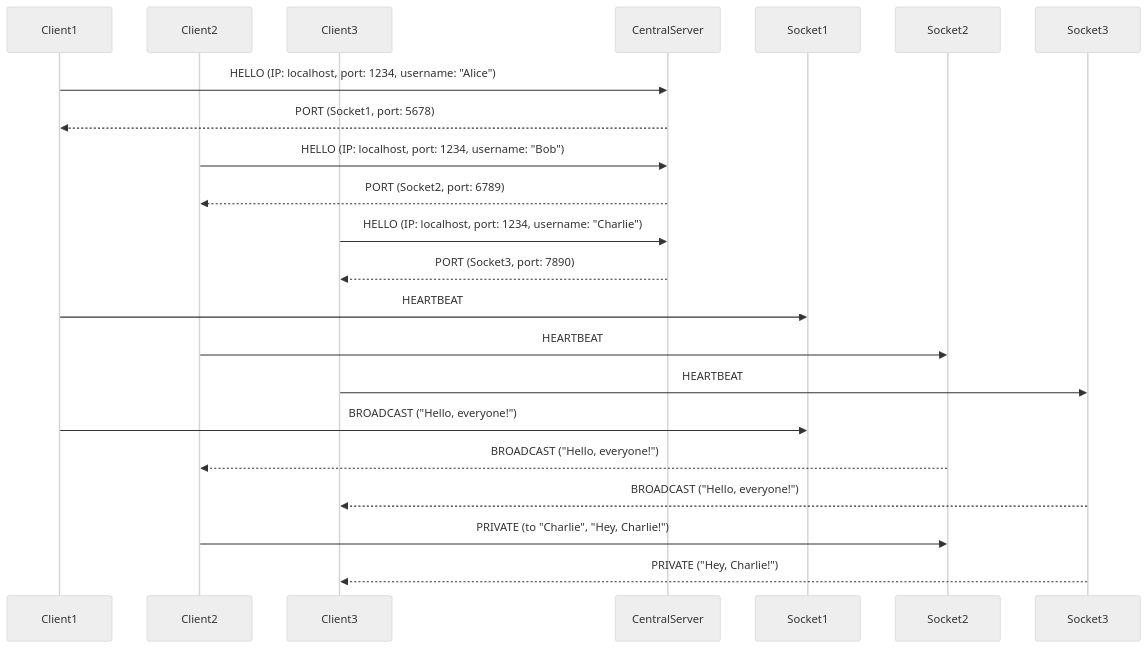
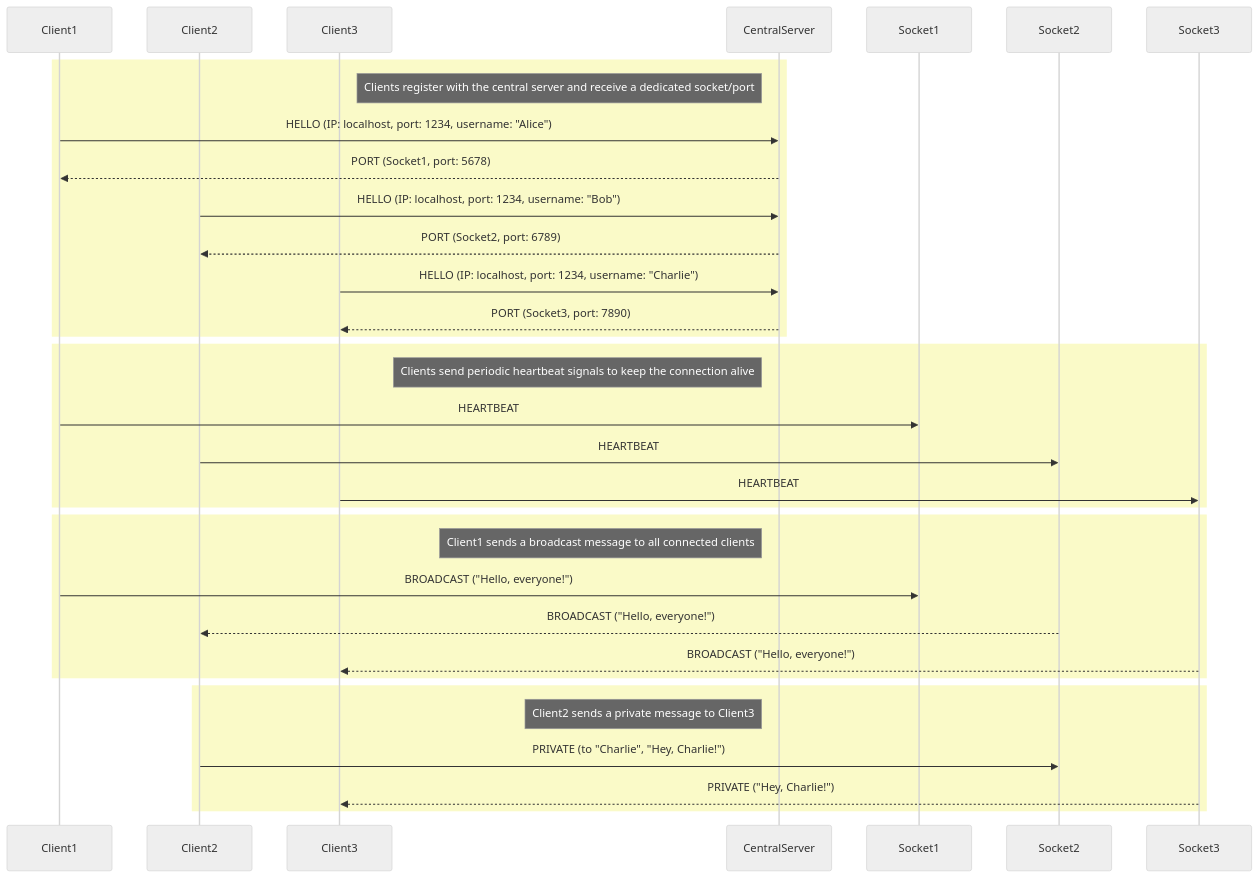
Before and after one commit to FlashOnFire/tpudp: the diagram in readme.md, drawn with Mermaid (neutral theme).

Commit message:
Update sequence diagram in readme with detailed notes

````diff
--- a/readme.md
+++ b/readme.md
@@ -1,25 +1,40 @@
 ```mermaid
 sequenceDiagram
   participant Client1 as Client1
   participant Client2 as Client2
   participant Client3 as Client3
   participant CentralServer as CentralServer
   participant Socket1 as Socket1
   participant Socket2 as Socket2
   participant Socket3 as Socket3
 
-  Client1 ->> CentralServer: HELLO (IP: localhost, port: 1234, username: "Alice")
-  CentralServer -->> Client1: PORT (Socket1, port: 5678)
-  Client2 ->> CentralServer: HELLO (IP: localhost, port: 1234, username: "Bob")
-  CentralServer -->> Client2: PORT (Socket2, port: 6789)
-  Client3 ->> CentralServer: HELLO (IP: localhost, port: 1234, username: "Charlie")
-  CentralServer -->> Client3: PORT (Socket3, port: 7890)
-  Client1 ->> Socket1: HEARTBEAT
-  Client2 ->> Socket2: HEARTBEAT
-  Client3 ->> Socket3: HEARTBEAT
-  Client1 ->> Socket1: BROADCAST ("Hello, everyone!")
-  Socket2 -->> Client2: BROADCAST ("Hello, everyone!")
-  Socket3 -->> Client3: BROADCAST ("Hello, everyone!")
-  Client2 ->> Socket2: PRIVATE (to "Charlie", "Hey, Charlie!")
-  Socket3 -->> Client3: PRIVATE ("Hey, Charlie!")
+  rect rgb(250,250,200)
+    note left of CentralServer: Clients register with the central server and receive a dedicated socket/port
+    Client1 ->> CentralServer: HELLO (IP: localhost, port: 1234, username: "Alice")
+    CentralServer -->> Client1: PORT (Socket1, port: 5678)
+    Client2 ->> CentralServer: HELLO (IP: localhost, port: 1234, username: "Bob")
+    CentralServer -->> Client2: PORT (Socket2, port: 6789)
+    Client3 ->> CentralServer: HELLO (IP: localhost, port: 1234, username: "Charlie")
+    CentralServer -->> Client3: PORT (Socket3, port: 7890)
+  end
+
+  rect rgb(250,250,200)
+    note left of CentralServer: Clients send periodic heartbeat signals to keep the connection alive
+    Client1 ->> Socket1: HEARTBEAT
+    Client2 ->> Socket2: HEARTBEAT
+    Client3 ->> Socket3: HEARTBEAT
+  end
+
+  rect rgb(250,250,200)
+    note left of CentralServer: Client1 sends a broadcast message to all connected clients
+    Client1 ->> Socket1: BROADCAST ("Hello, everyone!")
+    Socket2 -->> Client2: BROADCAST ("Hello, everyone!")
+    Socket3 -->> Client3: BROADCAST ("Hello, everyone!")
+  end
+
+  rect rgb(250,250,200)
+    note left of CentralServer: Client2 sends a private message to Client3
+    Client2 ->> Socket2: PRIVATE (to "Charlie", "Hey, Charlie!")
+    Socket3 -->> Client3: PRIVATE ("Hey, Charlie!")
+  end
 ```
````
